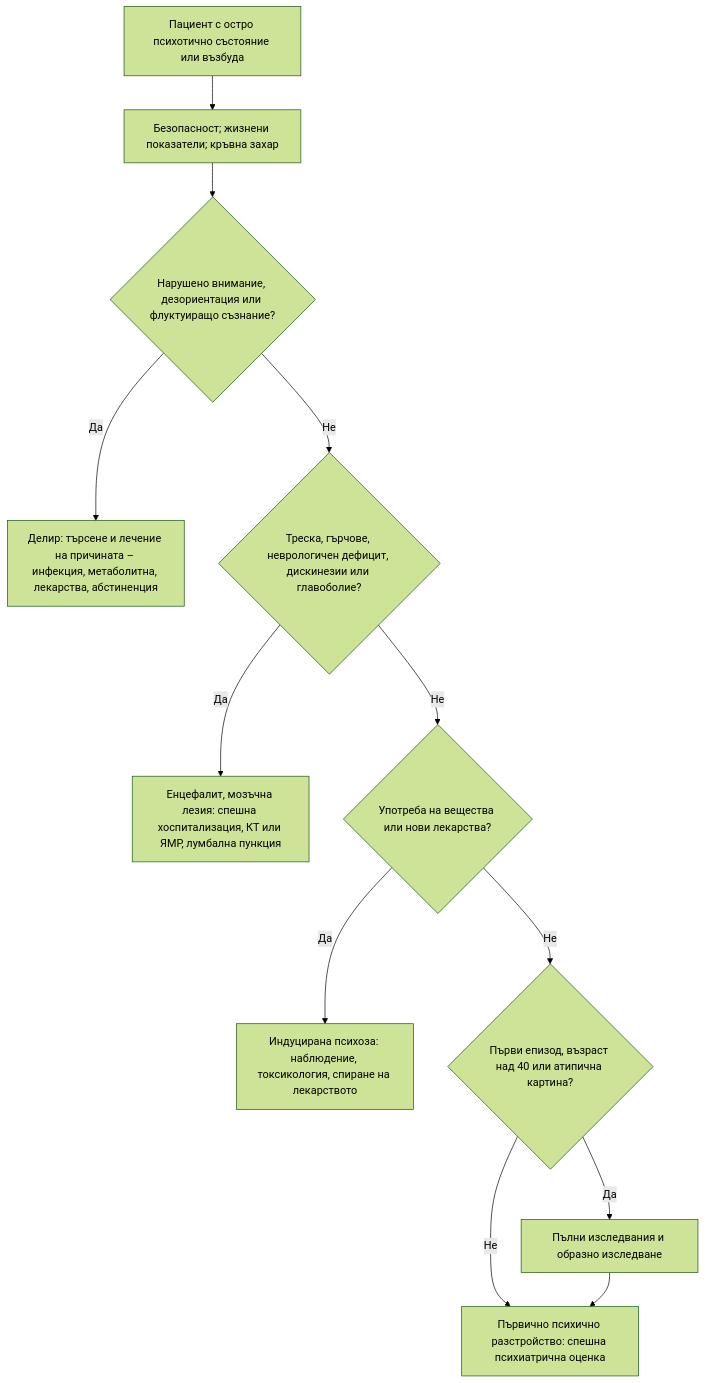
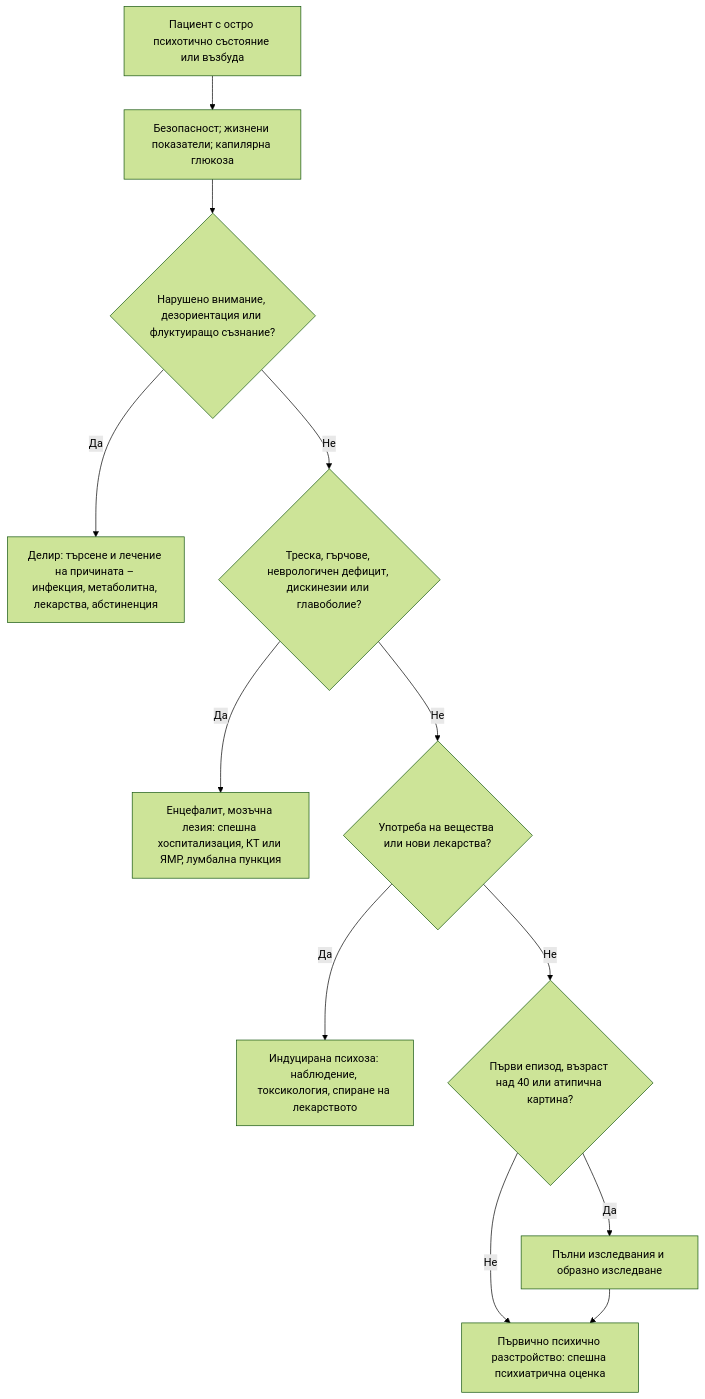
Before and after one commit to yancho26/yancho: the diagram in glavi/75-psihoza.md, drawn with Mermaid (forest theme). The commit also changed other lines of this file and 16 other files, not shown here.

First line of the commit message:
Научен стил и терминология: капилярна глюкоза, екстракция на зъб, рентгенография, каплевиден псориазис; без разговорни „значи“ и „хапчета“

````diff
--- a/glavi/75-psihoza.md
+++ b/glavi/75-psihoza.md
@@ -175,16 +175,16 @@
 ```mermaid
 flowchart TD
     accTitle: Диагностичен алгоритъм при остро психотично състояние
     accDescr: Блок-схема. Начало: Пациент с остро психотично състояние или възбуда. Въпроси: Нарушено внимание, дезориентация или флуктуиращо съзнание? · Треска, гърчове, неврологичен дефицит, дискинезии или главоболие? · Употреба на вещества или нови лекарства? · Първи епизод, възраст над 40 или атипична картина? Пълното текстово описание е под схемата.
-    A["Пациент с остро психотично състояние или възбуда"] --> B["Безопасност; жизнени показатели; кръвна захар"]
+    A["Пациент с остро психотично състояние или възбуда"] --> B["Безопасност; жизнени показатели; капилярна глюкоза"]
     B --> C{"Нарушено внимание, дезориентация или флуктуиращо съзнание?"}
     C -->|Да| D["Делир: търсене и лечение на причината – инфекция, метаболитна, лекарства, абстиненция"]
     C -->|Не| E{"Треска, гърчове, неврологичен дефицит, дискинезии или главоболие?"}
     E -->|Да| F["Енцефалит, мозъчна лезия: спешна хоспитализация, КТ или ЯМР, лумбална пункция"]
     E -->|Не| G{"Употреба на вещества или нови лекарства?"}
     G -->|Да| H["Индуцирана психоза: наблюдение, токсикология, спиране на лекарството"]
     G -->|Не| I{"Първи епизод, възраст над 40 или атипична картина?"}
     I -->|Да| J["Пълни изследвания и образно изследване"]
     I -->|Не| K["Първично психично разстройство: спешна психиатрична оценка"]
     J --> K
 ```
````
